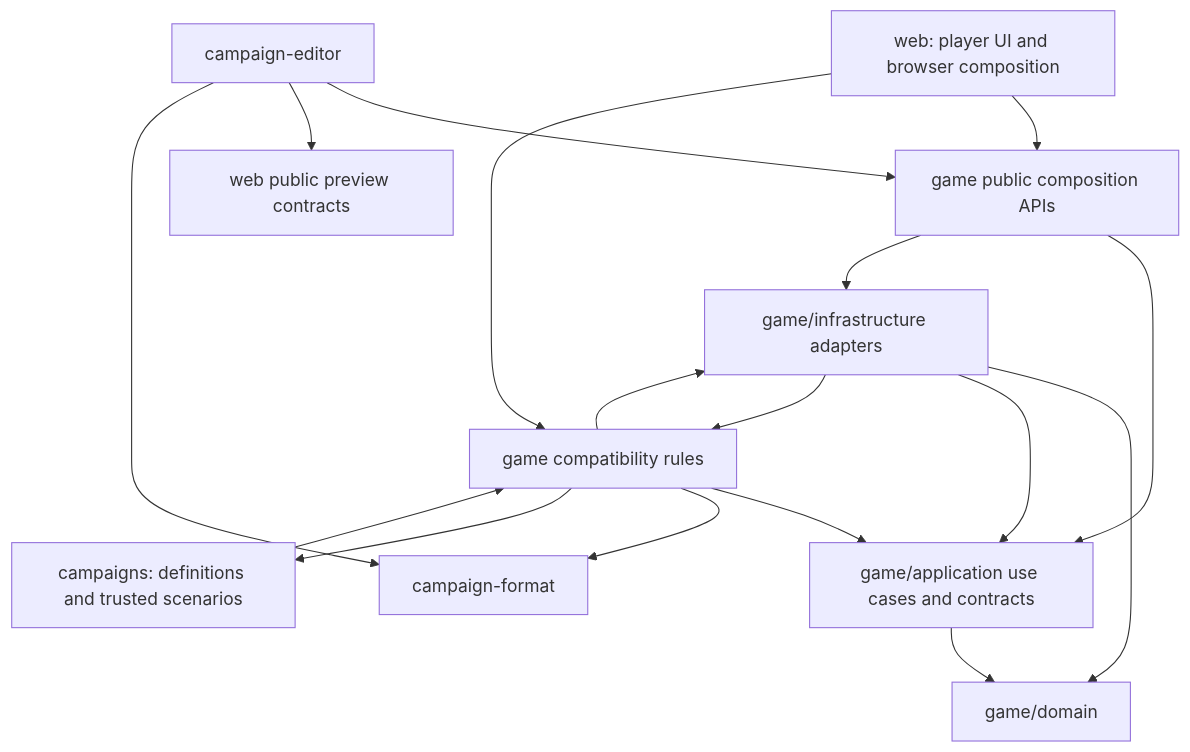
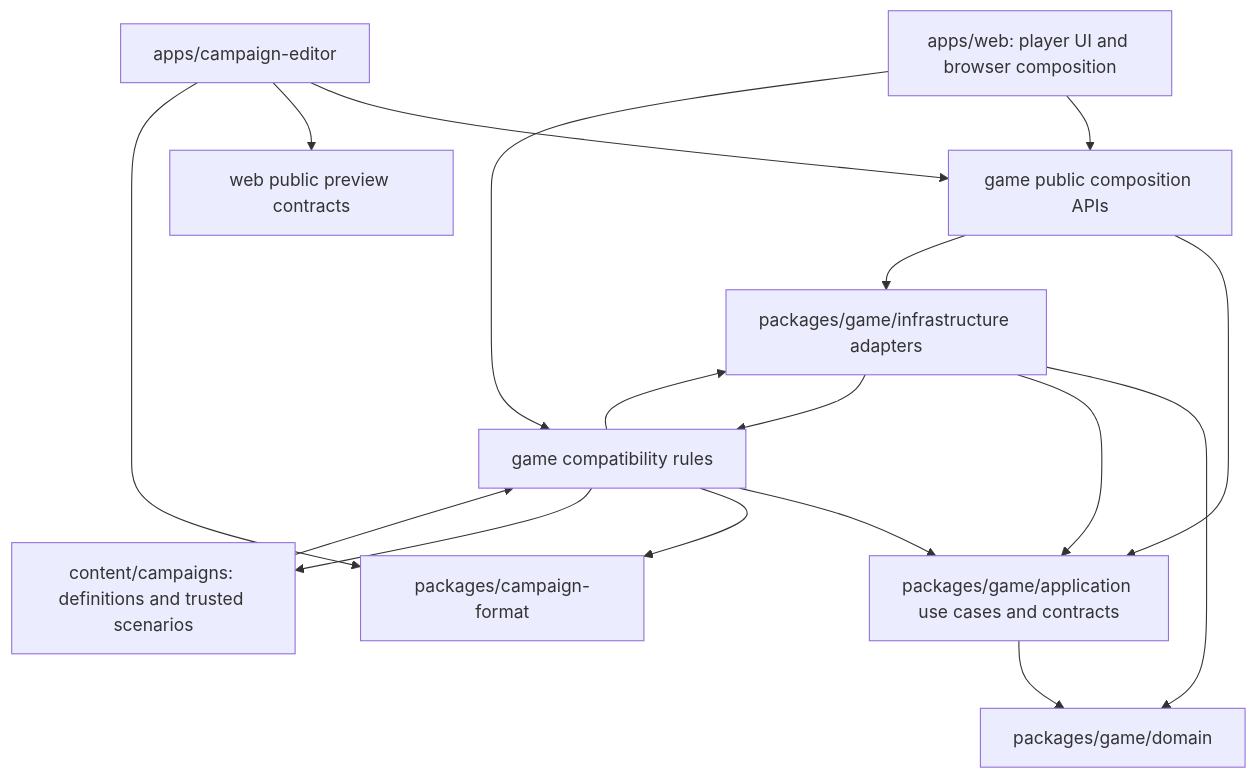
Before and after one commit to fsodano/granaderos: the diagram in docs/architecture/system-map.md, drawn with Mermaid. The commit also changed other lines of this file and 12605 other files, not shown here.

Commit message:
Organize applications, packages, content, and native reference

````diff
--- a/docs/architecture/system-map.md
+++ b/docs/architecture/system-map.md
@@ -31,19 +40,19 @@
 ```mermaid
 flowchart TB
-  Web["web: player UI and browser composition"] --> Public["game public composition APIs"]
+  Web["apps/web: player UI and browser composition"] --> Public["game public composition APIs"]
   Web --> Compatibility["game compatibility rules"]
-  Public --> Application["game/application use cases and contracts"]
-  Public --> Infrastructure["game/infrastructure adapters"]
+  Public --> Application["packages/game/application use cases and contracts"]
+  Public --> Infrastructure["packages/game/infrastructure adapters"]
   Compatibility --> Application
   Compatibility --> Infrastructure
-  Application --> Domain["game/domain"]
+  Application --> Domain["packages/game/domain"]
   Infrastructure --> Domain
   Infrastructure --> Application
   Infrastructure --> Compatibility
-  Editor["campaign-editor"] --> Public
+  Editor["apps/campaign-editor"] --> Public
   Editor --> Preview["web public preview contracts"]
-  Editor --> Format["campaign-format"]
+  Editor --> Format["packages/campaign-format"]
   Compatibility --> Format
-  Compatibility --> Definitions["campaigns: definitions and trusted scenarios"]
+  Compatibility --> Definitions["content/campaigns: definitions and trusted scenarios"]
   Definitions --> Compatibility
 ```
````
